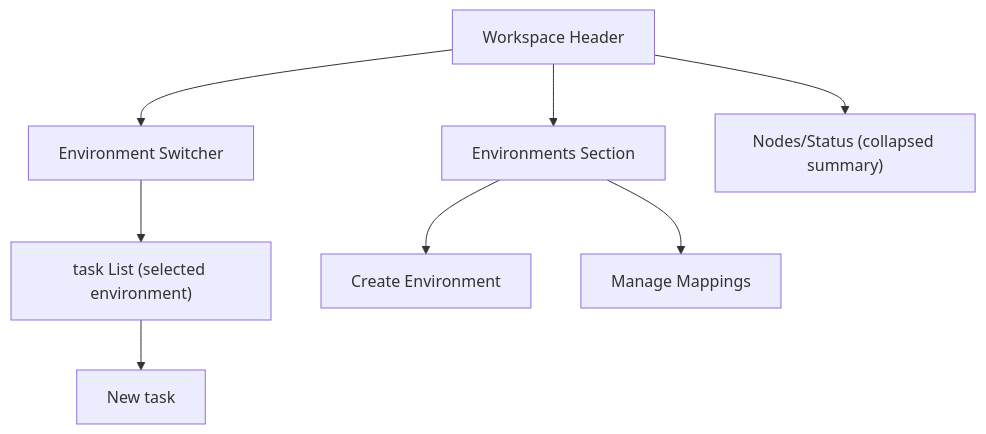
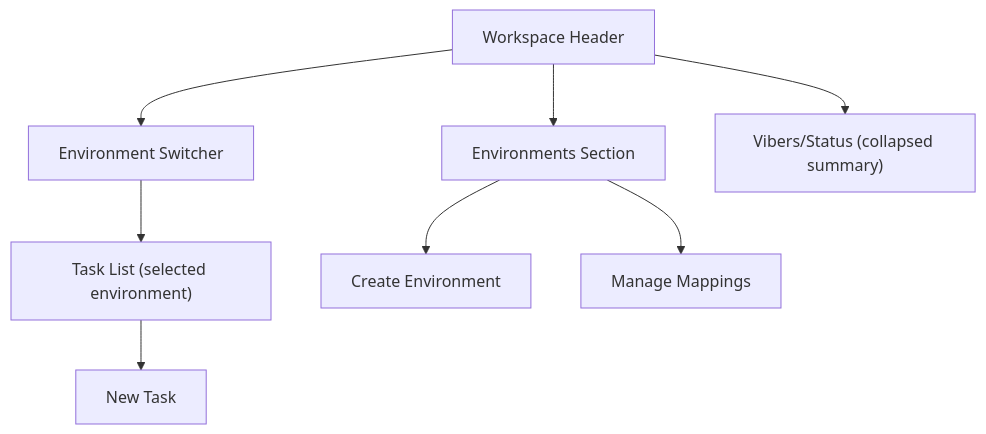
Before and after one commit to dustland/openviber: the diagram in docs/design/environments-and-tasks.md, drawn with Mermaid. The commit also changed other lines of this file and 16 other files, not shown here.

````diff
--- a/docs/design/environments-and-tasks.md
+++ b/docs/design/environments-and-tasks.md
@@ -55,10 +55,10 @@
 ```mermaid
 flowchart TB
   A["Workspace Header"] --> B["Environment Switcher"]
-  B --> C["task List (selected environment)"]
-  C --> D["New task"]
+  B --> C["Task List (selected environment)"]
+  C --> D["New Task"]
   A --> E["Environments Section"]
   E --> F["Create Environment"]
   E --> G["Manage Mappings"]
-  A --> H["Nodes/Status (collapsed summary)"]
+  A --> H["Vibers/Status (collapsed summary)"]
 ```
````
